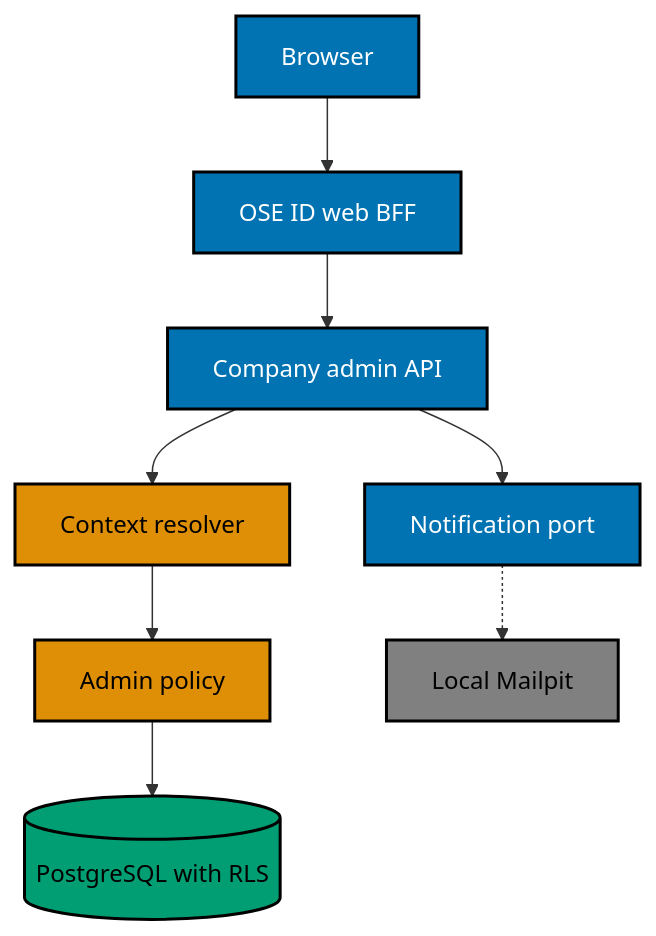
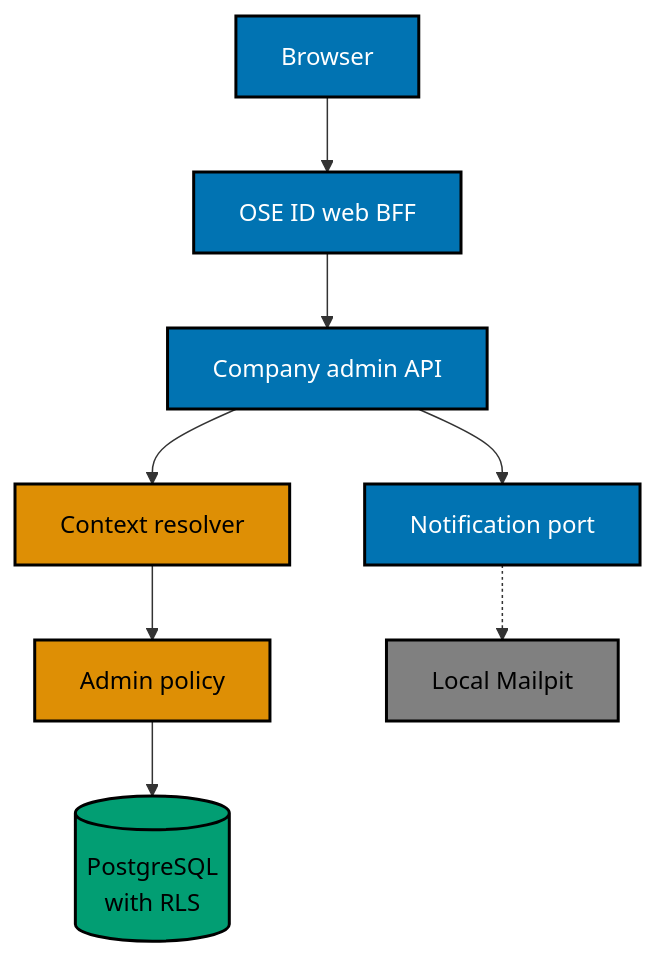
Before and after one commit to wahidyankf/ose-public: the diagram in plans/backlog/ose-id-init-08-company-admin/tech-docs/001-boundary-routes-and-request-flow.md, drawn with Mermaid. The commit also changed 220 other files, not shown here.

First line of the commit message:
docs: split mermaid labels to 20 graphemes and add palette defaults

````diff
--- a/plans/backlog/ose-id-init-08-company-admin/tech-docs/001-boundary-routes-and-request-flow.md
+++ b/plans/backlog/ose-id-init-08-company-admin/tech-docs/001-boundary-routes-and-request-flow.md
@@ -41,21 +41,22 @@
 ```mermaid
 flowchart TD
   accTitle: Company administration trust boundaries
   accDescr: The browser sends actions through the Plan 08 BFF adapter. The unchanged Plan 03 backend derives company context and applies its policy and row-level security. Plan 08 maps only an allowlisted response; Mailpit is observed only for local invitation proof.
   B["Browser"] --> W["OSE ID web BFF"]
   W --> A["Company admin API"]
   A --> C["Context resolver"]
   C --> P["Admin policy"]
-  P --> D[("PostgreSQL with RLS")]
+  P --> D[("PostgreSQL<br/>with RLS")]
   A --> N["Notification port"]
   N -.-> M["Local Mailpit"]
 
   classDef edge fill:#0173B2,stroke:#000000,color:#FFFFFF,stroke-width:2px
   classDef auth fill:#DE8F05,stroke:#000000,color:#000000,stroke-width:2px
   classDef state fill:#029E73,stroke:#000000,color:#000000,stroke-width:2px
   classDef local fill:#808080,stroke:#000000,color:#000000,stroke-width:2px
   class B,W,A,N edge
   class C,P auth
   class D state
   class M local
+  classDef default fill:#FFFFFF,stroke:#000000,color:#000000
 ```
````
